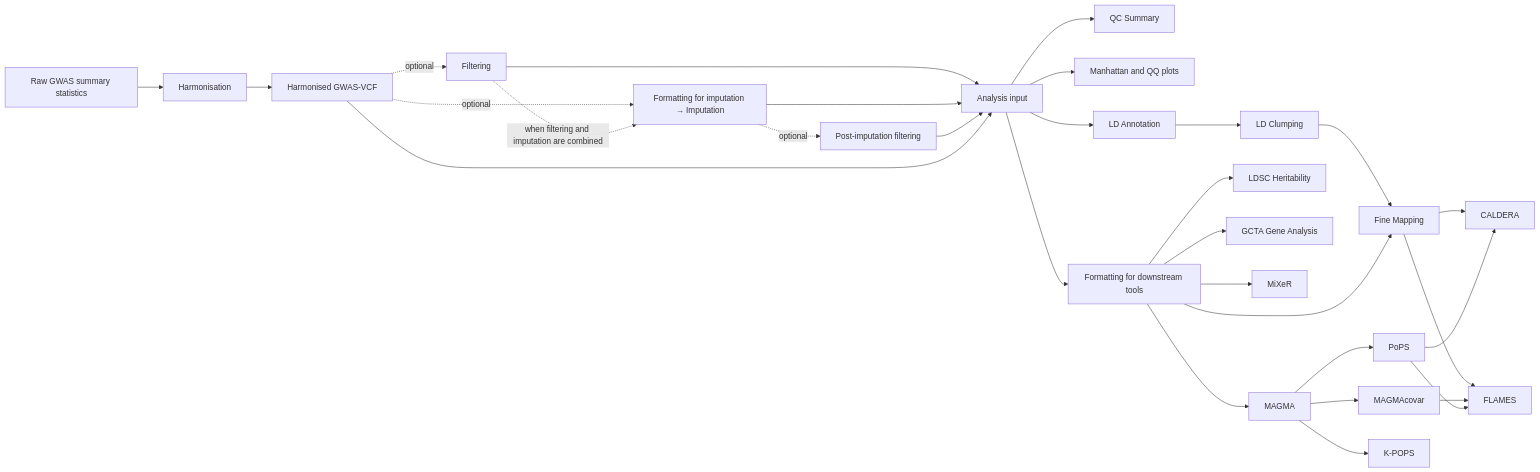
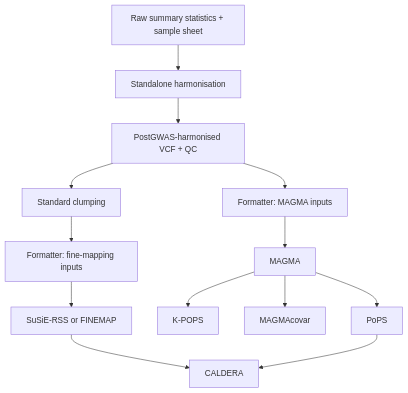
Before and after one commit to JIBINJOHNV/postgwas_v2: the diagram in docs/wiki/home.md, drawn with Mermaid. The commit also changed other lines of this file and 32 other files, not shown here.

````diff
--- a/docs/wiki/home.md
+++ b/docs/wiki/home.md
@@ -40,36 +30,15 @@
 ```mermaid
-flowchart LR
-    RAW["Raw GWAS summary statistics"] --> HARM["Harmonisation"]
-    HARM --> VCF["Harmonised GWAS-VCF"]
-
-    VCF -. optional .-> FILTER["Filtering"]
-    VCF -. optional .-> IMPUTE["Formatting for imputation → Imputation"]
-    FILTER -. when filtering and imputation are combined .-> IMPUTE
-    FILTER --> PREP["Analysis input"]
-    IMPUTE --> PREP
-    IMPUTE -. optional .-> POSTFILTER["Post-imputation filtering"]
-    POSTFILTER --> PREP
-    VCF --> PREP
-
-    PREP --> QC["QC Summary"]
-    PREP --> PLOT["Manhattan and QQ plots"]
-    PREP --> LDANN["LD Annotation"]
-    LDANN --> CLUMP["LD Clumping"]
-    CLUMP --> FINEMAP["Fine Mapping"]
-
-    PREP --> FORMAT["Formatting for downstream tools"]
-    FORMAT --> FINEMAP
-    FORMAT --> LDSC["LDSC Heritability"]
-    FORMAT --> GCTA["GCTA Gene Analysis"]
-    FORMAT --> MIXER["MiXeR"]
-    FORMAT --> MAGMA["MAGMA"]
-    MAGMA --> MAGMACOVAR["MAGMAcovar"]
+flowchart TD
+    RAW["Raw summary statistics + sample sheet"] --> HARM["Standalone harmonisation"]
+    HARM --> VCF["PostGWAS-harmonised VCF + QC"]
+    VCF --> FMAG["Formatter: MAGMA inputs"]
+    FMAG --> MAGMA["MAGMA"]
     MAGMA --> POPS["PoPS"]
     MAGMA --> KPOPS["K-POPS"]
-
-    FINEMAP --> CALDERA["CALDERA"]
+    MAGMA --> COVAR["MAGMAcovar"]
+    VCF --> CLUMP["Standard clumping"]
+    CLUMP --> FFINE["Formatter: fine-mapping inputs"]
+    FFINE --> FINE["SuSiE-RSS or FINEMAP"]
+    FINE --> CALDERA["CALDERA"]
     POPS --> CALDERA
-    FINEMAP --> FLAMES["FLAMES"]
-    MAGMACOVAR --> FLAMES
-    POPS --> FLAMES
 ```
````
